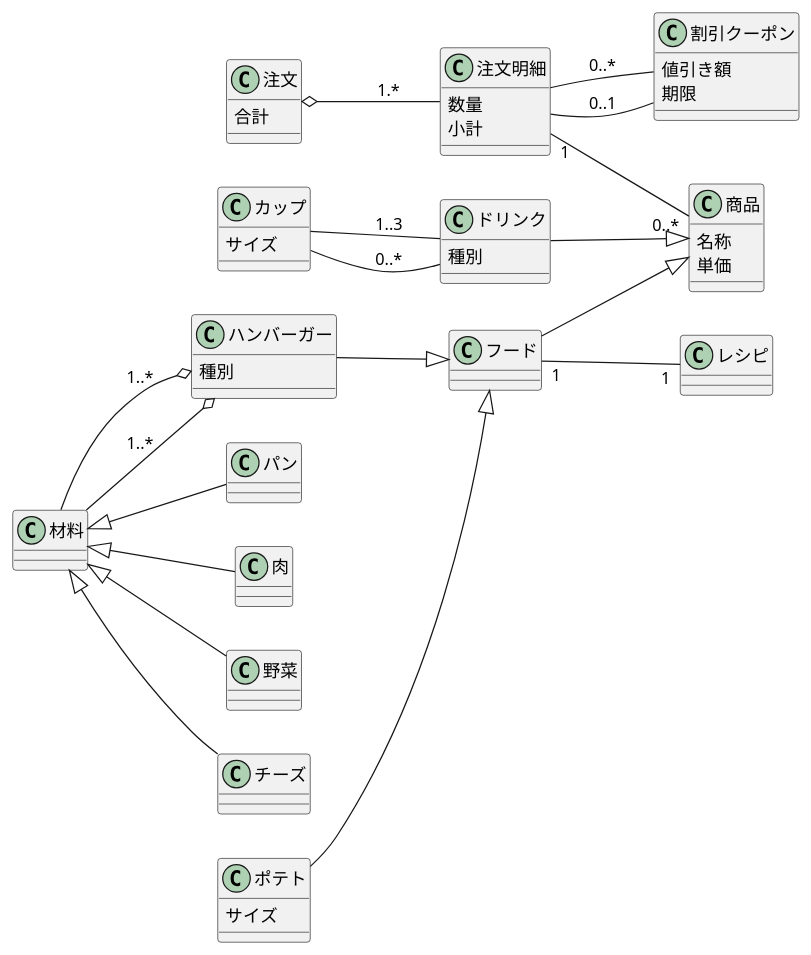
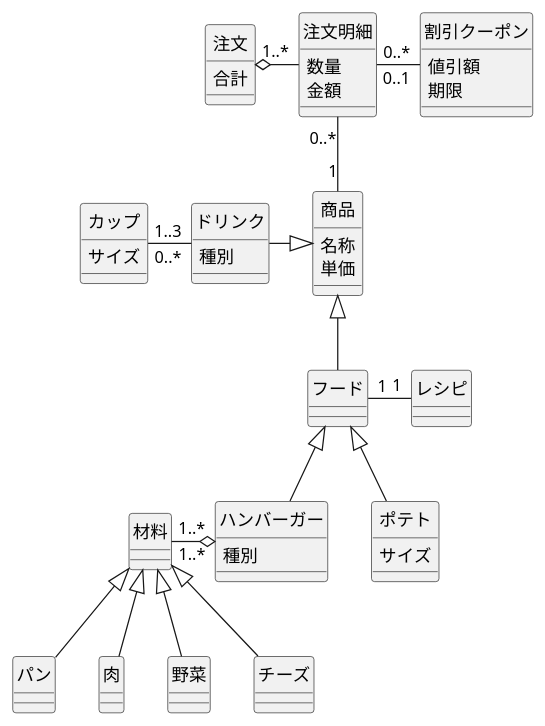
Before and after one commit to Tomok1w/uml-introduction: the diagram in 演習7-4-1_CL_ハンバーガーショップ.pu, drawn with PlantUML.

```diff
--- a/演習7-4-1_CL_ハンバーガーショップ.pu
+++ b/演習7-4-1_CL_ハンバーガーショップ.pu
@@ -1,50 +1,86 @@
-@startuml ハンバーガーショップ
-class 注文{
+@startuml 演習７－４－１
+
+class 注文 {
     合計
 }
-class 注文明細{
+class 注文明細 {
     数量
-    小計
+    金額
 }
-class 割引クーポン{
-    値引き額
+class 割引クーポン {
+    値引額
     期限
 }
-class カップ{
-    サイズ
-}
-class ドリンク{
-    種別
-}
-class 商品{
+class 商品 {
     名称
     単価
 }
-class フード
-class レシピ
-class ハンバーガー{
+class カップ {
+    サイズ
+}
+class ドリンク {
     種別
 }
-class ポテト{
+class フード {
+    
+}
+class レシピ {
+
+}
+class 材料 {
+    
+}
+class ハンバーガー {
+    種別
+    
+}
+class ポテト {
     サイズ
 }
-class 材料
-left to right direction
-注文 o-- 注文明細 :1.*
-注文明細 -- 割引クーポン :0..* 
-割引クーポン -- 注文明細 :0..1
-注文明細  "1"--"0..*"  商品
-カップ --ドリンク :1..3
-カップ --ドリンク :0..*
-ドリンク --|> 商品
-フード --|> 商品
-フード "1"--"1" レシピ
-ハンバーガー --|> フード
-ポテト --|> フード
-材料 --o ハンバーガー :1..*
-材料 --o ハンバーガー :1..*
-材料 <|-- パン
-材料 <|-- 肉
-材料 <|-- 野菜
-材料 <|-- チーズ
+class パン {
+
+}
+class 肉 {
+
+}
+class 野菜 {
+
+}
+class チーズ {
+
+}
+
+注文 "1..*" o-right- 注文明細
+割引クーポン "0..1" -left- "0..*" 注文明細 
+注文明細 "0..*" -down- "1" 商品
+ドリンク -right-|> 商品
+カップ "1..3" -right- "0..*" ドリンク
+商品 <|-down- フード
+レシピ "1" -left- "1" フード
+フード <|-down- ハンバーガー
+フード <|-down- ポテト
+材料 "1..*" -right-o "1..*" ハンバーガー
+材料 <|-down- パン
+材料 <|-down- 肉
+材料 <|-down- 野菜
+材料 <|-down- チーズ
+
+hide 注文 circle
+hide 注文明細 circle
+hide 割引クーポン circle
+hide 商品 circle
+hide カップ circle
+hide ドリンク circle
+hide フード circle
+hide レシピ circle
+hide 材料 circle
+hide ハンバーガー circle
+hide ポテト circle
+hide パン circle
+hide 肉 circle
+hide 野菜 circle
+hide チーズ circle
+ 
+
+
 @enduml
```
